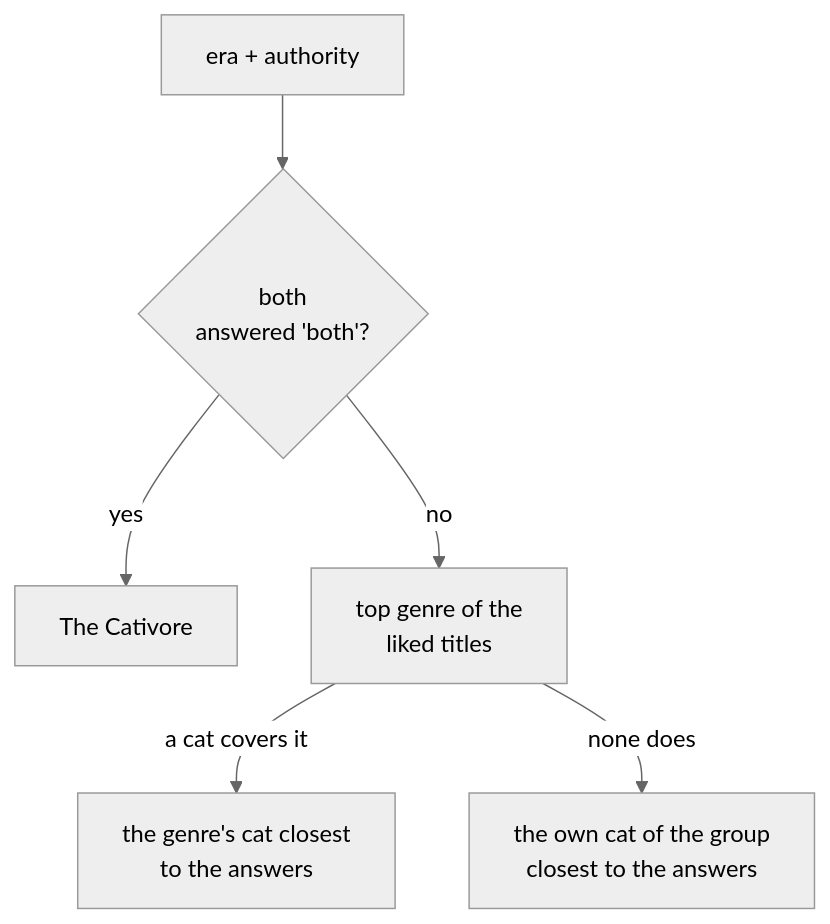
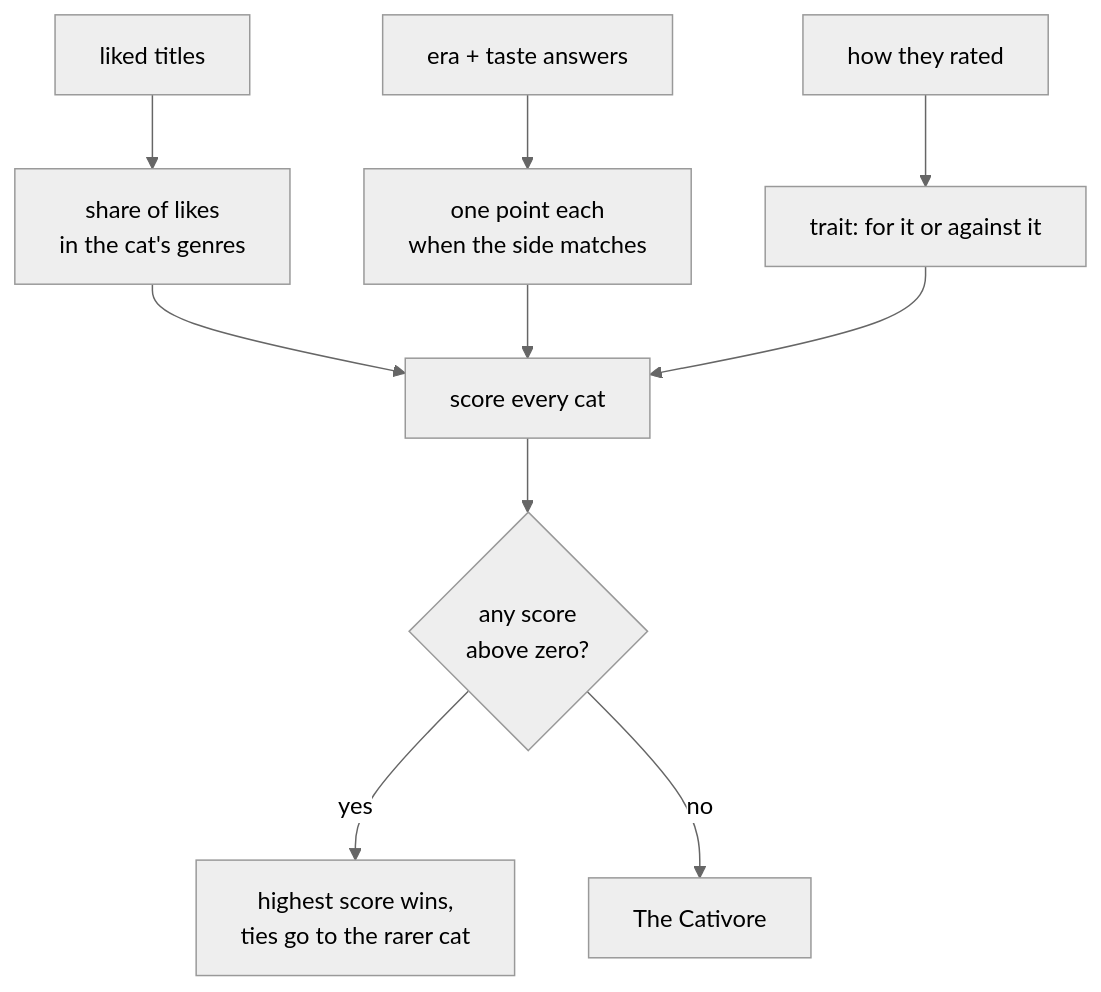
One commit to Nicky-Sa/meowie-reactnative changed the second of 2 diagrams in features/taste/how-taste-works.md. Above: the diagram before and after it, drawn with Mermaid (neutral theme). The commit also changed other lines of this file, not shown here.

Commit message:
taste docs updated

````diff
--- a/features/taste/how-taste-works.md
+++ b/features/taste/how-taste-works.md
@@ -120,8 +135,12 @@
 ```mermaid
 flowchart TD
-    A[era + authority] --> B{both<br/>answered 'both'?}
-    B -->|yes| C[The Cativore]
-    B -->|no| D[top genre of the<br/>liked titles]
-    D -->|a cat covers it| E[the genre's cat closest<br/>to the answers]
-    D -->|none does| F[the own cat of the group<br/>closest to the answers]
+    A[liked titles] --> B[share of likes<br/>in the cat's genres]
+    C[era + taste answers] --> D[one point each<br/>when the side matches]
+    E[how they rated] --> F[trait: for it or against it]
+    B --> G[score every cat]
+    D --> G
+    F --> G
+    G --> H{any score<br/>above zero?}
+    H -->|yes| I[highest score wins,<br/>ties go to the rarer cat]
+    H -->|no| J[The Cativore]
 ```
````
